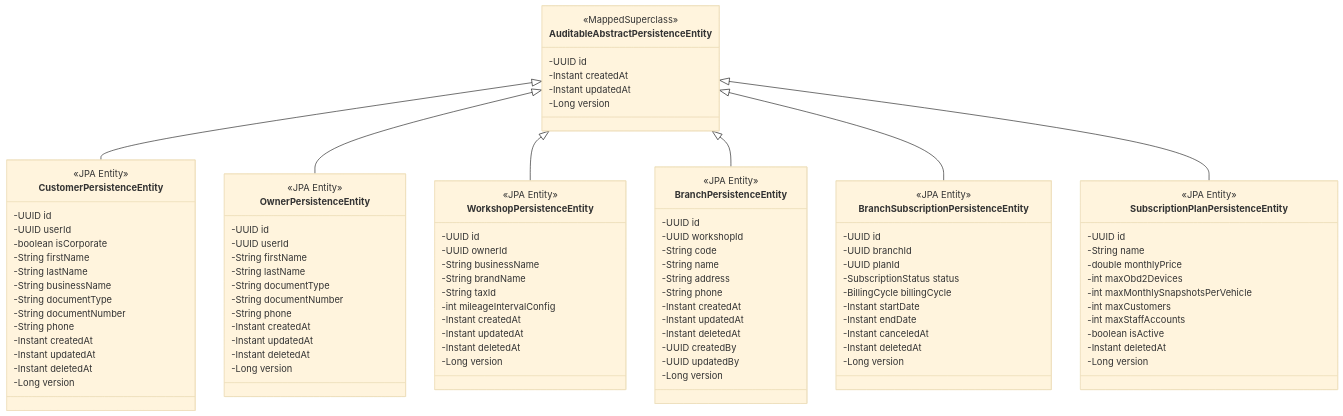
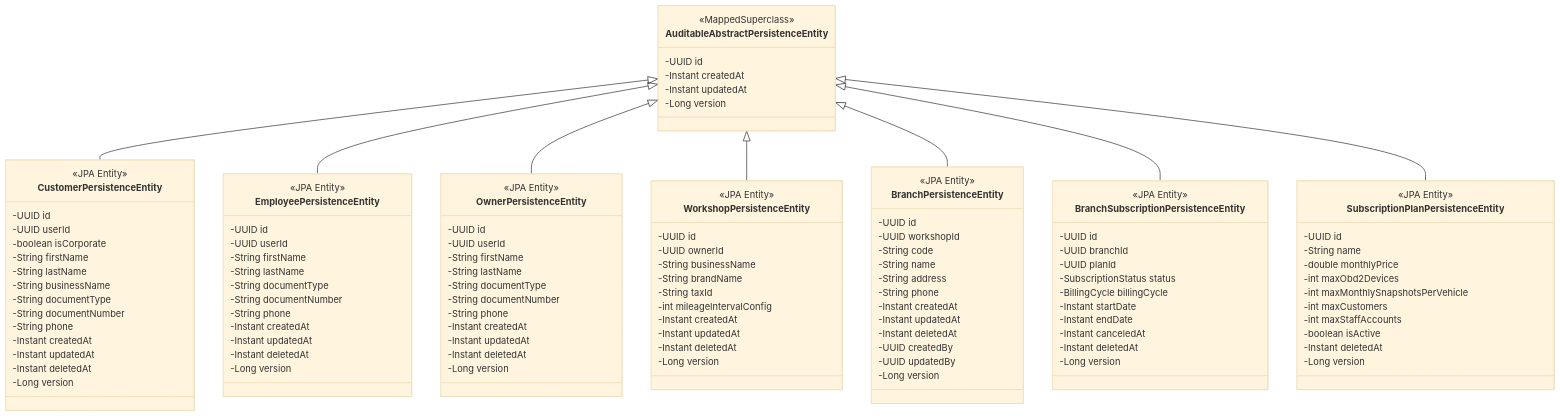
The fourth of 7 diagrams in docs/core-bounded-context-dictionary.md (tux-logic/shiftiq-platform), drawn with Mermaid (base theme) before and after one commit. The commit also changed other lines of this file, not shown here.

```diff
--- a/docs/core-bounded-context-dictionary.md
+++ b/docs/core-bounded-context-dictionary.md
@@ -544,6 +559,21 @@
         -String firstName
         -String lastName
         -String businessName
+        -String documentType
+        -String documentNumber
+        -String phone
+        -Instant createdAt
+        -Instant updatedAt
+        -Instant deletedAt
+        -Long version
+    }
+
+    class EmployeePersistenceEntity {
+        <<JPA Entity>>
+        -UUID id
+        -UUID userId
+        -String firstName
+        -String lastName
         -String documentType
         -String documentNumber
         -String phone
@@ -635,6 +665,7 @@
     }
 
     AuditableAbstractPersistenceEntity <|-- CustomerPersistenceEntity
+    AuditableAbstractPersistenceEntity <|-- EmployeePersistenceEntity
     AuditableAbstractPersistenceEntity <|-- OwnerPersistenceEntity
     AuditableAbstractPersistenceEntity <|-- WorkshopPersistenceEntity
     AuditableAbstractPersistenceEntity <|-- BranchPersistenceEntity
```
